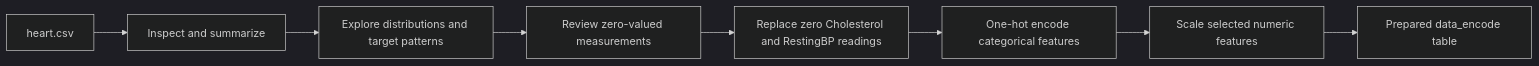
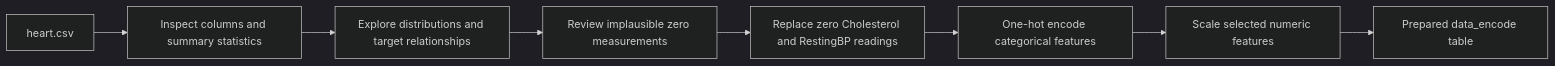
Before and after one commit to AnmolMittal115/heart-disease-exploratory-data-analysis: the diagram in README.md, drawn with Mermaid (dark theme). The commit also changed other lines of this file, not shown here.

````diff
--- a/README.md
+++ b/README.md
@@ -34,10 +34,10 @@
-~~~mermaid
+```mermaid
 flowchart LR
-    A[heart.csv] --> B[Inspect and summarize]
-    B --> C[Explore distributions and target patterns]
-    C --> D[Review zero-valued measurements]
+    A[heart.csv] --> B[Inspect columns and summary statistics]
+    B --> C[Explore distributions and target relationships]
+    C --> D[Review implausible zero measurements]
     D --> E[Replace zero Cholesterol and RestingBP readings]
     E --> F[One-hot encode categorical features]
     F --> G[Scale selected numeric features]
     G --> H[Prepared data_encode table]
-~~~
+```
````
